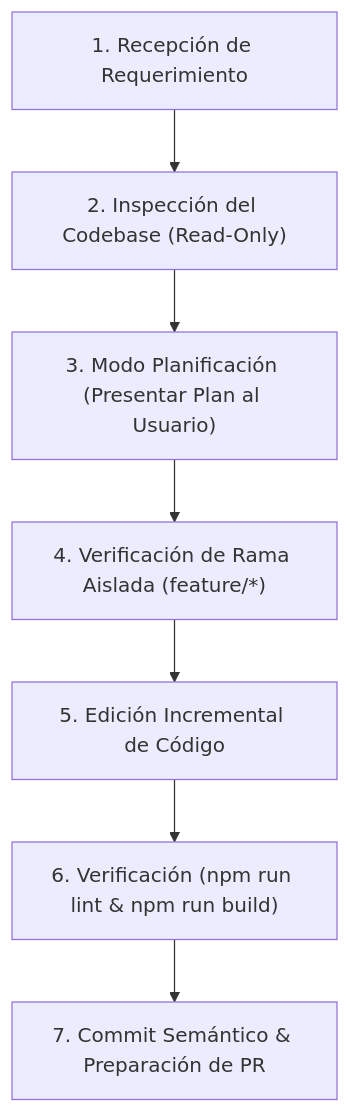
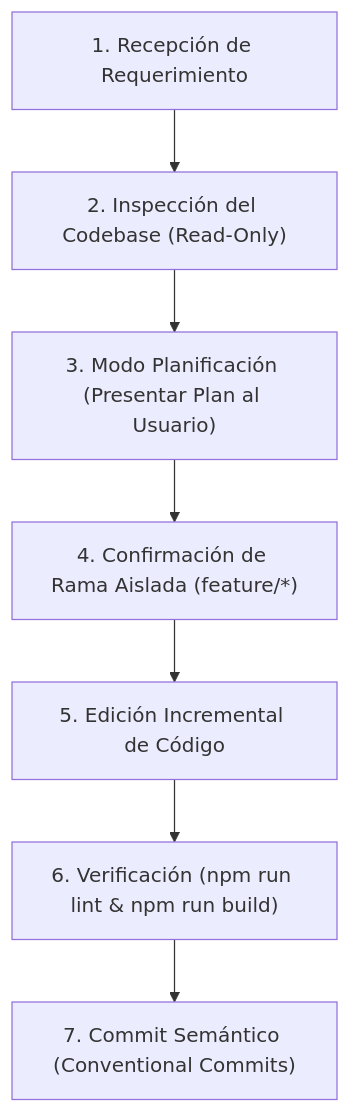
Before and after one commit to CaBsCrypto/radar: the diagram in AGENTS.md, drawn with Mermaid. The commit also changed other lines of this file and 1 other file, not shown here.

Commit message:
docs: enrich ESTUDIANTES.md with engineering antipatterns and expand AGENTS.md with full architecture contract

````diff
--- a/AGENTS.md
+++ b/AGENTS.md
@@ -69,9 +126,9 @@
 ```mermaid
 flowchart TD
     A["1. Recepción de Requerimiento"] --> B["2. Inspección del Codebase (Read-Only)"]
     B --> C["3. Modo Planificación (Presentar Plan al Usuario)"]
-    C --> D["4. Verificación de Rama Aislada (feature/*)"]
+    C --> D["4. Confirmación de Rama Aislada (feature/*)"]
     D --> E["5. Edición Incremental de Código"]
     E --> F["6. Verificación (npm run lint & npm run build)"]
-    F --> G["7. Commit Semántico & Preparación de PR"]
+    F --> G["7. Commit Semántico (Conventional Commits)"]
 ```
````
